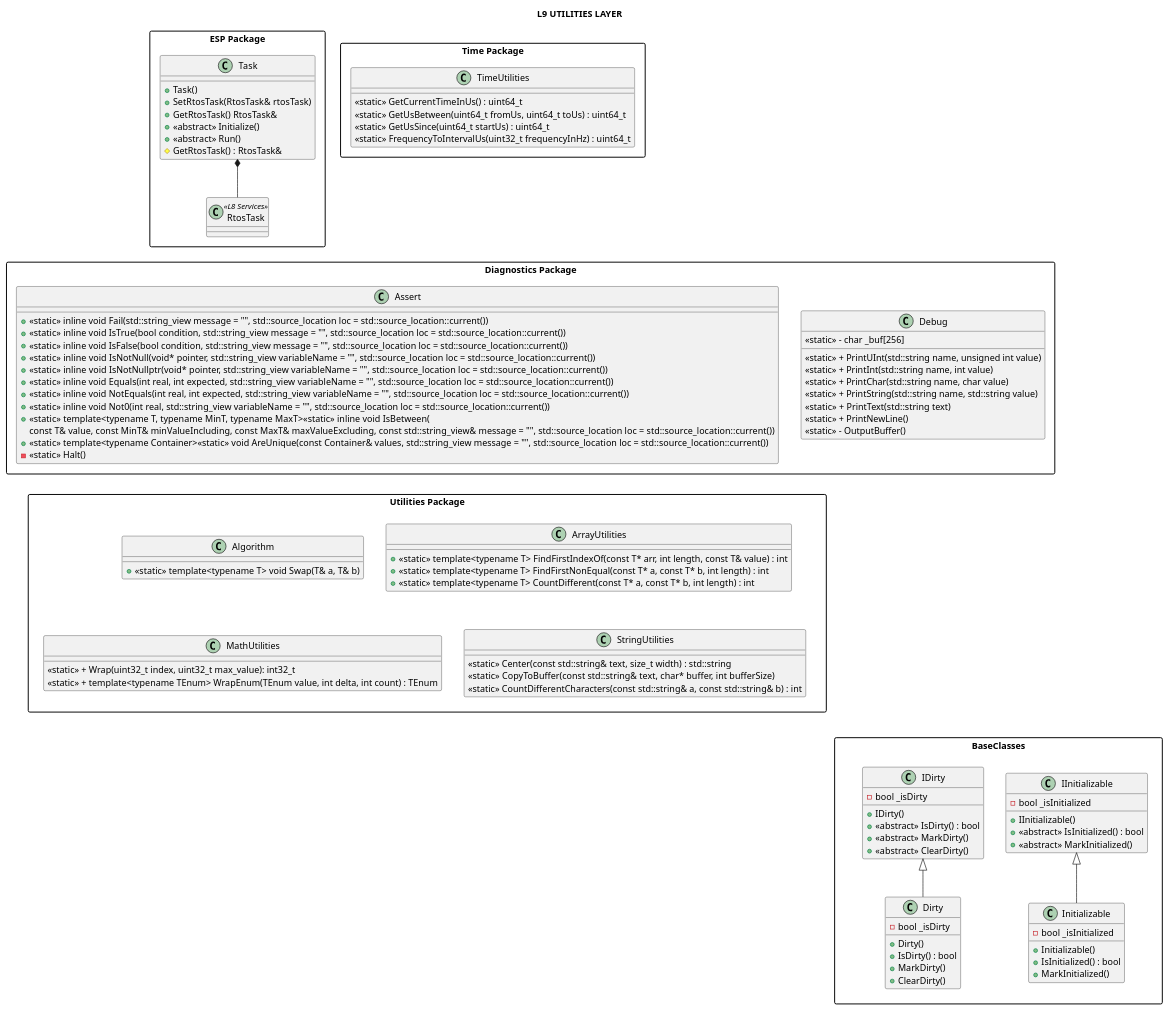
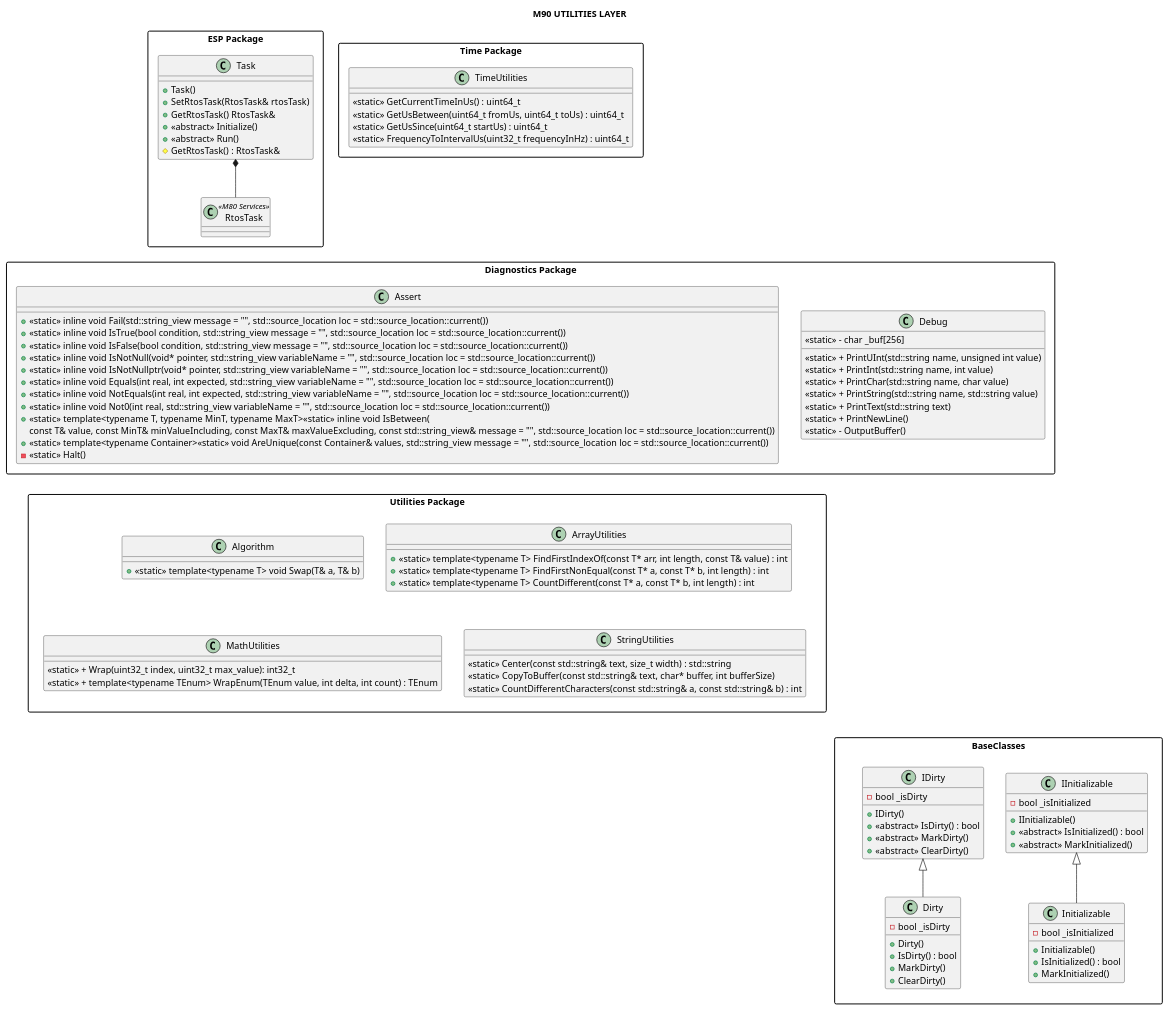
The diagram in Docs/Software Design/Layers/L9_utilities_layer.puml (michelkeijzers/fraxis), drawn with PlantUML before and after one commit. The commit also changed 398 other files, not shown here.

```diff
--- a/Docs/Software Design/Layers/L9_utilities_layer.puml
+++ b/Docs/Software Design/Layers/L9_utilities_layer.puml
@@ -1,142 +1,142 @@
 @startuml
 
-title L9 UTILITIES LAYER
+title M90 UTILITIES LAYER
 
 skinparam packageStyle rectangle
 skinparam lineThickness 2
 
 package "Diagnostics Package" as DiagnosticsPackage
 {
     class Assert
     {
         + <<static>> inline void Fail(std::string_view message = "", std::source_location loc = std::source_location::current())
         + <<static>> inline void IsTrue(bool condition, std::string_view message = "", std::source_location loc = std::source_location::current())
         + <<static>> inline void IsFalse(bool condition, std::string_view message = "", std::source_location loc = std::source_location::current())
         + <<static>> inline void IsNotNull(void* pointer, std::string_view variableName = "", std::source_location loc = std::source_location::current())
         + <<static>> inline void IsNotNullptr(void* pointer, std::string_view variableName = "", std::source_location loc = std::source_location::current())
         + <<static>> inline void Equals(int real, int expected, std::string_view variableName = "", std::source_location loc = std::source_location::current())
         + <<static>> inline void NotEquals(int real, int expected, std::string_view variableName = "", std::source_location loc = std::source_location::current())
         + <<static>> inline void Not0(int real, std::string_view variableName = "", std::source_location loc = std::source_location::current())
         + <<static>> template<typename T, typename MinT, typename MaxT><<static>> inline void IsBetween(
             const T& value, const MinT& minValueIncluding, const MaxT& maxValueExcluding, const std::string_view& message = "",  std::source_location loc = std::source_location::current())
         + <<static>> template<typename Container><<static>> void AreUnique(const Container& values, std::string_view message = "", std::source_location loc = std::source_location::current())
         - <<static>> Halt()
     }
 
     class Debug
     {
         <<static>> + PrintUInt(std::string name, unsigned int value)
         <<static>> + PrintInt(std::string name, int value)
         <<static>> + PrintChar(std::string name, char value)
         <<static>> + PrintString(std::string name, std::string value)
         <<static>> + PrintText(std::string text)
         <<static>> + PrintNewLine()
         <<static>> - OutputBuffer()
         <<static>> - char _buf[256]
     }
 }
 
 Package "Utilities Package" as UtilitiesPackage
 {
     class Algorithm
     {
         + <<static>> template<typename T> void Swap(T& a, T& b)
     }
 
     class ArrayUtilities
     {
         + <<static>> template<typename T> FindFirstIndexOf(const T* arr, int length, const T& value) : int
         + <<static>> template<typename T> FindFirstNonEqual(const T* a, const T* b, int length) : int
         + <<static>> template<typename T> CountDifferent(const T* a, const T* b, int length) : int
     }
 
     class MathUtilities
     {
         <<static>> + Wrap(uint32_t index, uint32_t max_value): int32_t
         <<static>> + template<typename TEnum> WrapEnum(TEnum value, int delta, int count) : TEnum
     }
 
     class StringUtilities
     {
         <<static>> Center(const std::string& text, size_t width) : std::string
         <<static>> CopyToBuffer(const std::string& text, char* buffer, int bufferSize)
         <<static>> CountDifferentCharacters(const std::string& a, const std::string& b) : int
     }
 }
 
 package BaseClasses
 {
     class IDirty
     {
         + IDirty()
         + <<abstract>> IsDirty() : bool
         + <<abstract>> MarkDirty()
         + <<abstract>> ClearDirty()
         - bool _isDirty
     }
 
     class Dirty
     {
         + Dirty()
         + IsDirty() : bool
         + MarkDirty()
         + ClearDirty()
         - bool _isDirty
     }
 
     Dirty -u-|> IDirty
 
     class IInitializable
     {
         + IInitializable()
         + <<abstract>> IsInitialized() : bool
         + <<abstract>> MarkInitialized()
         - bool _isInitialized
     }
 
     class Initializable
     {
         + Initializable()
         + IsInitialized() : bool
         + MarkInitialized()
         - bool _isInitialized
     }
 
     Initializable -u-|> IInitializable
 }
 
 package "ESP Package" as EspPackage
 {
     class Task
     {
         + Task()
         + SetRtosTask(RtosTask& rtosTask)
         + GetRtosTask() RtosTask&
         + <<abstract>> Initialize()
         + <<abstract>> Run() 
         # GetRtosTask() : RtosTask&
     }
 
-    class RtosTask <<L8 Services>>
+    class RtosTask <<M80 Services>>
 
     Task *-- RtosTask
 }
 
 package "Time Package" as TimePackage
 {
     class TimeUtilities
     {
         <<static>> GetCurrentTimeInUs() : uint64_t
         <<static>> GetUsBetween(uint64_t fromUs, uint64_t toUs) : uint64_t
         <<static>> GetUsSince(uint64_t startUs) : uint64_t
         <<static>> FrequencyToIntervalUs(uint32_t frequencyInHz) : uint64_t
     }
 }
 
 Assert -u[hidden]-- Task
 Assert -u[hidden]-- TimeUtilities
 BaseClasses -u[hidden]-- UtilitiesPackage
 IDirty -u[hidden]--- Debug
 
 
 @enduml
```
